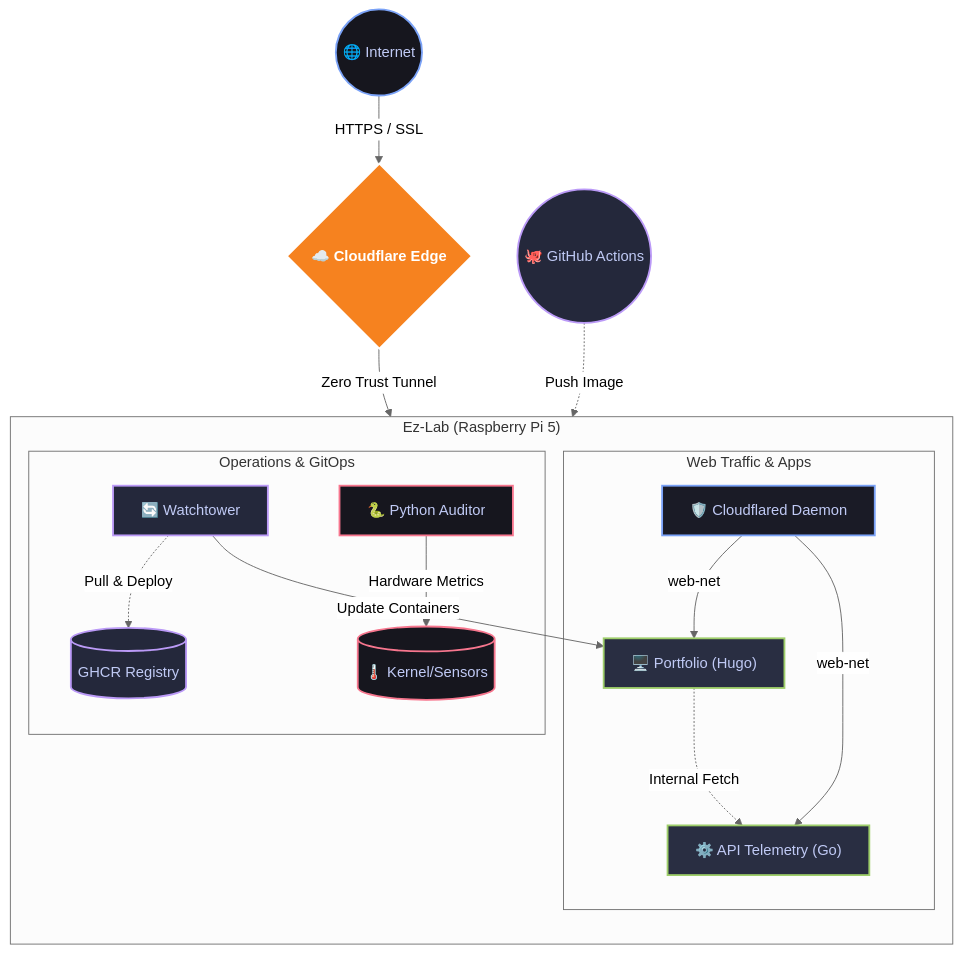
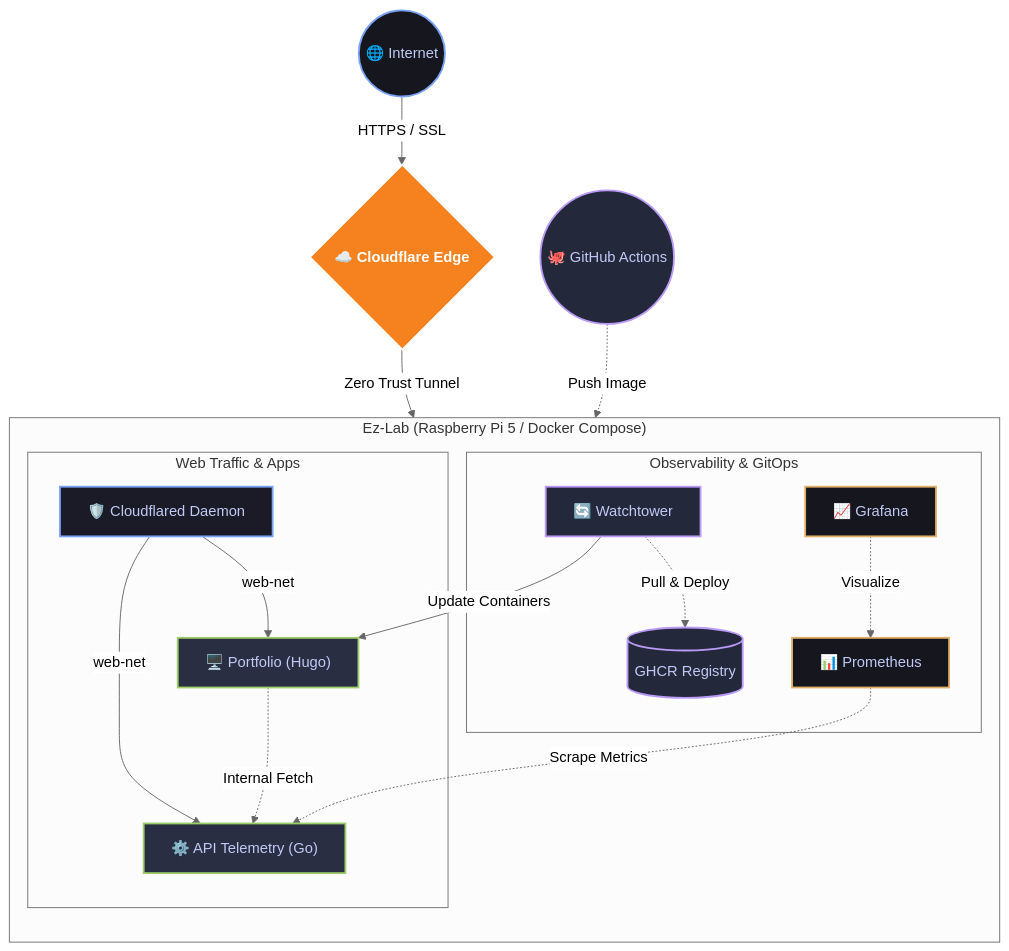
The diagram in frontend/content/projects.md (ezequieldlv/portfolio-sre), drawn with Mermaid (neutral theme) before and after one commit. The commit also changed other lines of this file and 2 other files, not shown here.

Commit message:
chore: update portainer dashboard image and profile description

```diff
--- a/frontend/content/projects.md
+++ b/frontend/content/projects.md
@@ -93,31 +93,32 @@
 <pre class="mermaid">
 graph TD
     %% Definición de colores (Estilo Tokyo Night + Cloudflare)
     classDef user fill:#16161e,stroke:#7aa2f7,stroke-width:2px,color:#c0caf5
     classDef cf fill:#f6821f,stroke:#fff,stroke-width:2px,color:#fff,font-weight:bold
     classDef daemon fill:#1a1b26,stroke:#7aa2f7,stroke-width:2px,color:#c0caf5
     classDef app fill:#292e42,stroke:#9ece6a,stroke-width:2px,color:#c0caf5
-    classDef hardware fill:#16161e,stroke:#f7768e,stroke-width:2px,color:#c0caf5
+    classDef obs fill:#16161e,stroke:#e0af68,stroke-width:2px,color:#c0caf5
     classDef cicd fill:#24283b,stroke:#bb9af7,stroke-width:2px,color:#c0caf5
 
     User((🌐 Internet)):::user -->|HTTPS / SSL| Cloudflare{☁️ Cloudflare Edge}:::cf
     Cloudflare -->|Zero Trust Tunnel| Cloudflared[🛡️ Cloudflared Daemon]:::daemon
     
     GitHub((🐙 GitHub Actions)):::cicd -.->|Push Image| GHCR[(GHCR Registry)]:::cicd
     
-    subgraph "Ez-Lab (Raspberry Pi 5)"
+    subgraph "Ez-Lab (Raspberry Pi 5 / Docker Compose)"
         direction TB
         
         subgraph "Web Traffic & Apps"
             Cloudflared -->|web-net| Frontend["🖥️ Portfolio (Hugo)"]:::app
             Cloudflared -->|web-net| Backend["⚙️ API Telemetry (Go)"]:::app
             Frontend -.->|Internal Fetch| Backend
         end
         
-        subgraph "Operations & GitOps"
+        subgraph "Observability & GitOps"
             Watchtower["🔄 Watchtower"]:::cicd -.->|Pull & Deploy| GHCR
             Watchtower -->|Update Containers| Frontend
-            Auditor["🐍 Python Auditor"]:::hardware -->|Hardware Metrics| OS[("🌡️ Kernel/Sensors")]:::hardware
+            Prometheus["📊 Prometheus"]:::obs -.->|Scrape Metrics| Backend
+            Grafana["📈 Grafana"]:::obs -.->|Visualize| Prometheus
         end
     end
 </pre>
```
